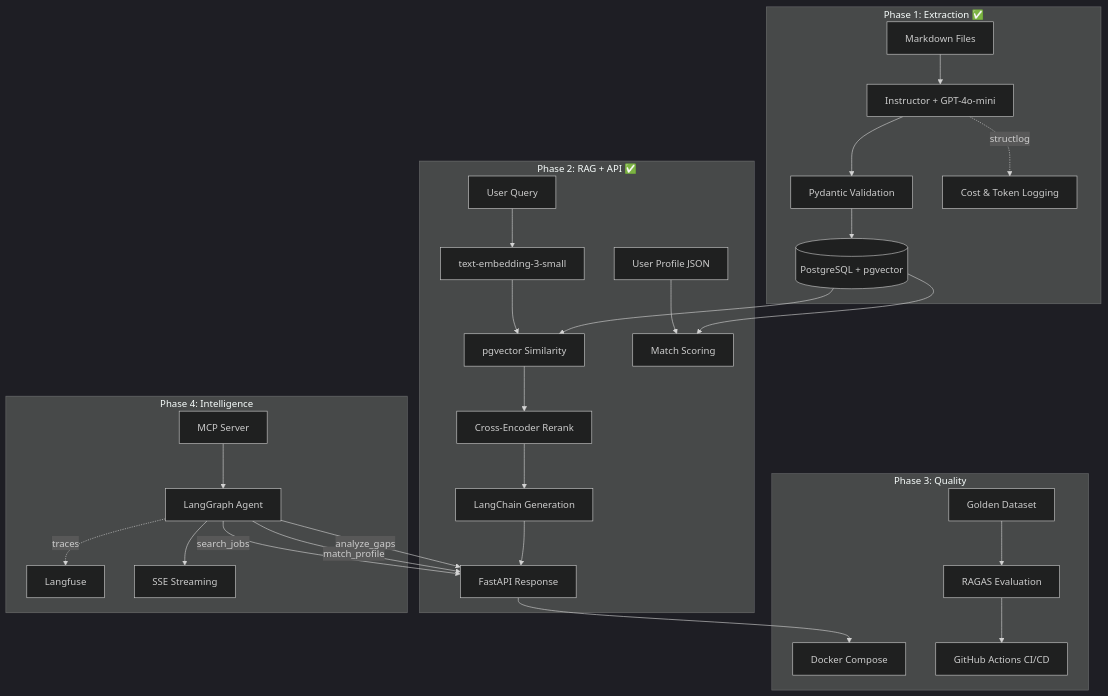
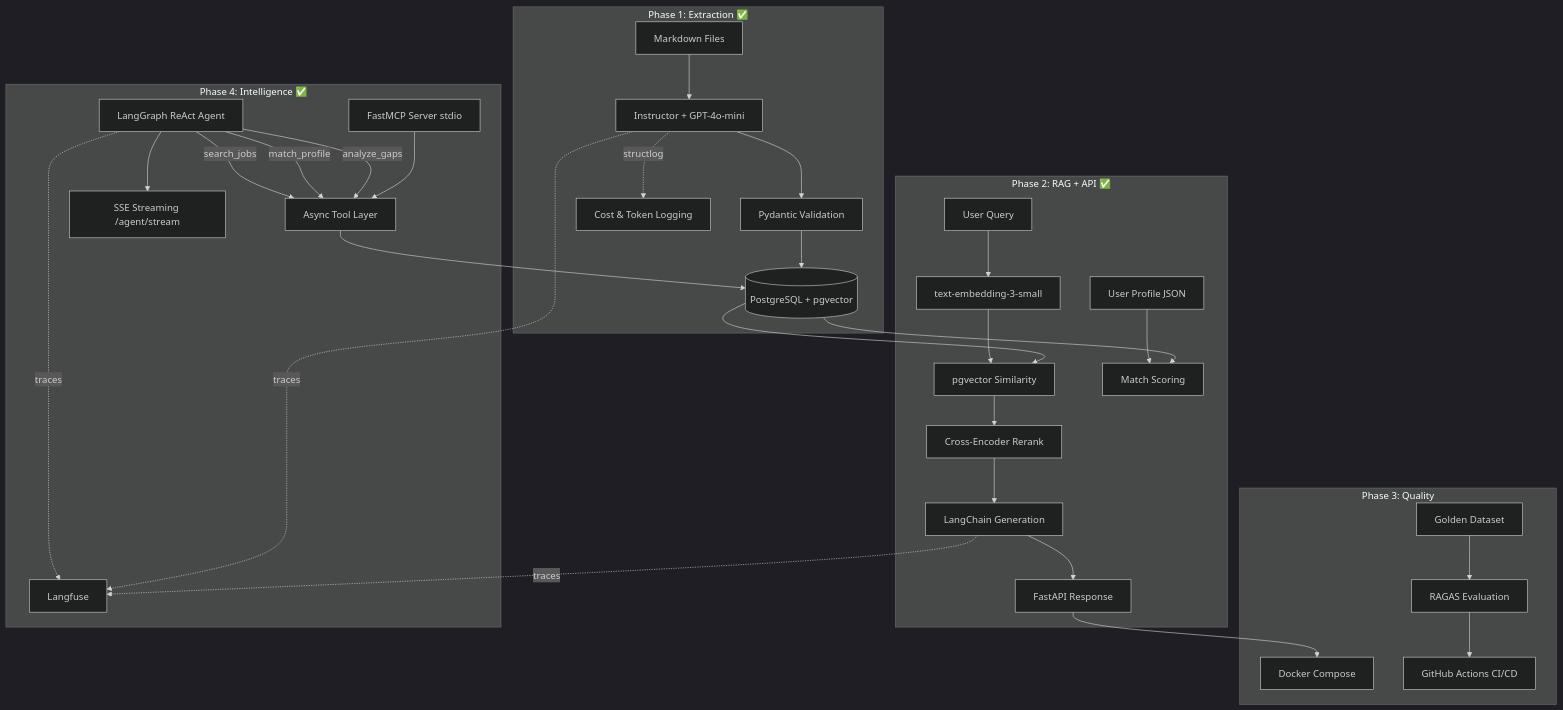
One commit to AdrianZaplata/job-rag changed the diagram in docs/project-job-rag.md. Above: the diagram before and after it, drawn with Mermaid (dark theme). The commit also changed other lines of this file and 25 other files, not shown here.

First line of the commit message:
Add Phase 4: MCP server, LangGraph agent, Langfuse, SSE streaming

````diff
--- a/docs/project-job-rag.md
+++ b/docs/project-job-rag.md
@@ -70,35 +70,38 @@
 ```mermaid
 graph TD
     subgraph "Phase 1: Extraction ✅"
         MD[Markdown Files] --> EXT[Instructor + GPT-4o-mini]
         EXT --> PYD[Pydantic Validation]
         PYD --> DB[(PostgreSQL + pgvector)]
         EXT -.->|structlog| LOG[Cost & Token Logging]
     end
 
     subgraph "Phase 2: RAG + API ✅"
         Q[User Query] --> EMB[text-embedding-3-small]
         EMB --> VS[pgvector Similarity]
         VS --> RR[Cross-Encoder Rerank]
         RR --> LC[LangChain Generation]
         LC --> API[FastAPI Response]
         PROF[User Profile JSON] --> MATCH[Match Scoring]
         DB --> VS
         DB --> MATCH
     end
 
     subgraph "Phase 3: Quality"
         GOLD[Golden Dataset] --> RAGAS[RAGAS Evaluation]
         API --> DOCKER[Docker Compose]
         RAGAS --> CI[GitHub Actions CI/CD]
     end
 
-    subgraph "Phase 4: Intelligence"
-        AGENT[LangGraph Agent] --> |search_jobs| API
-        AGENT --> |match_profile| API
-        AGENT --> |analyze_gaps| API
-        MCP[MCP Server] --> AGENT
+    subgraph "Phase 4: Intelligence ✅"
+        AGENT[LangGraph ReAct Agent] --> |search_jobs| TOOLS[Async Tool Layer]
+        AGENT --> |match_profile| TOOLS
+        AGENT --> |analyze_gaps| TOOLS
+        MCP[FastMCP Server stdio] --> TOOLS
+        TOOLS --> DB
         AGENT -.->|traces| LF[Langfuse]
-        AGENT --> SSE[SSE Streaming]
+        EXT -.->|traces| LF
+        LC -.->|traces| LF
+        AGENT --> SSE[SSE Streaming /agent/stream]
     end
 ```
````
